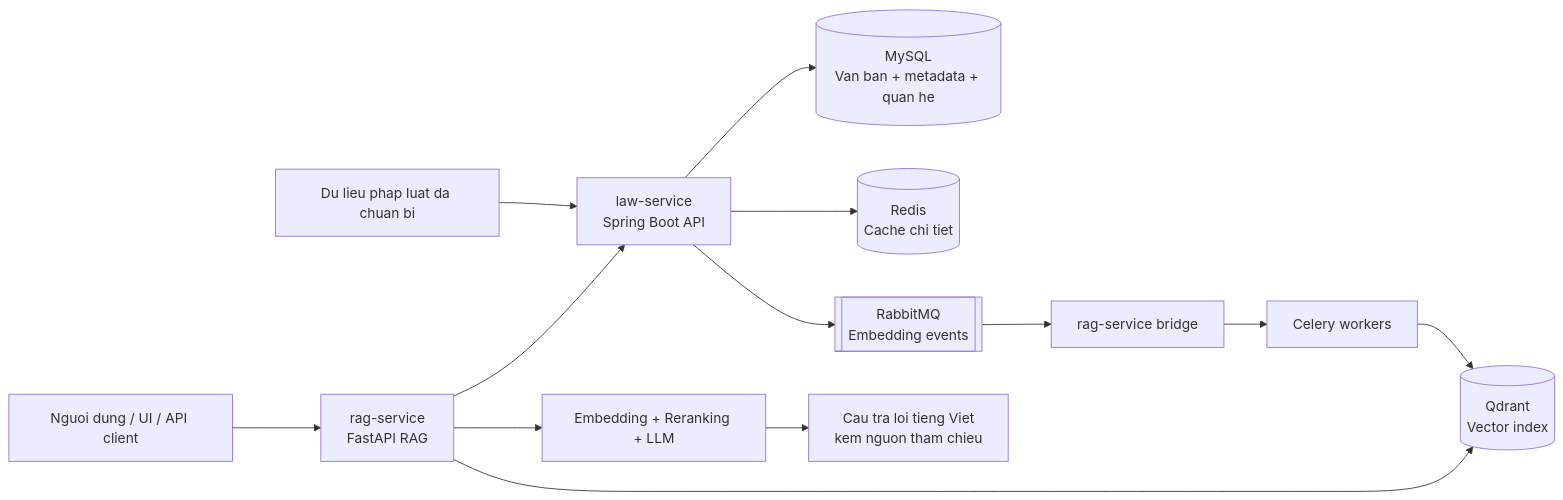
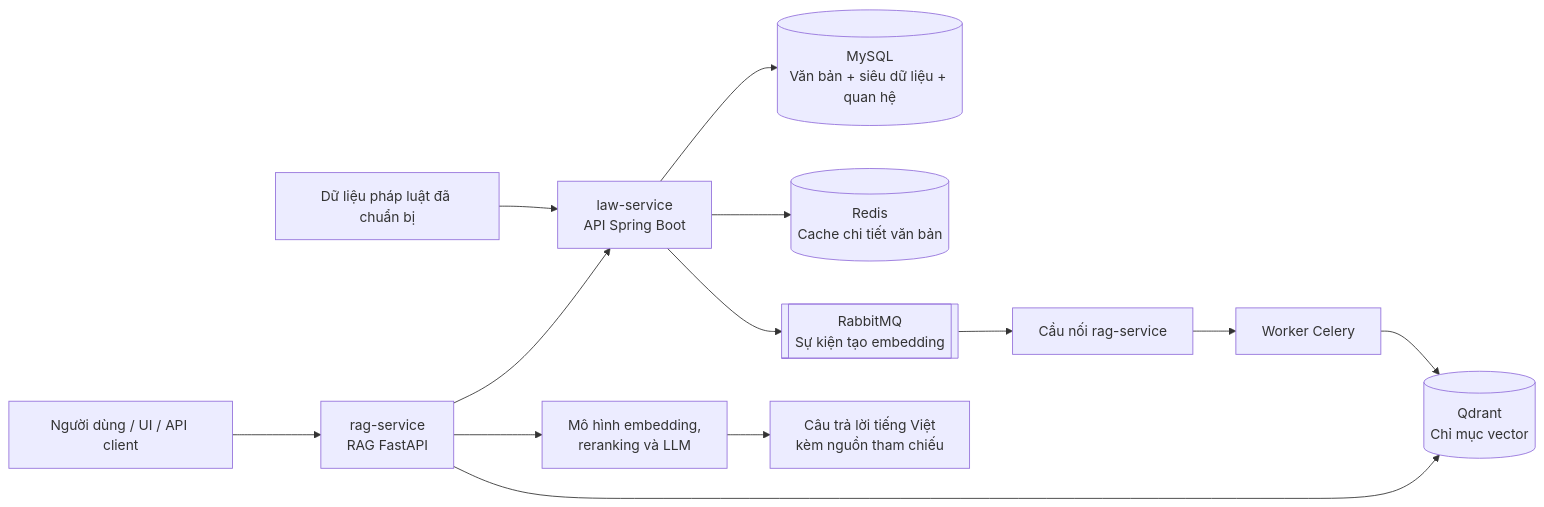
The first of 3 diagrams in README.md (LeHoangAnh-self/Law-Assistant), drawn with Mermaid before and after one commit. The commit also changed other lines of this file and 33 other files, not shown here.

````diff
--- a/README.md
+++ b/README.md
@@ -11,15 +11,15 @@
 ```mermaid
 flowchart LR
-    A[Du lieu phap luat da chuan bi] --> B[law-service<br/>Spring Boot API]
-    B --> C[(MySQL<br/>Van ban + metadata + quan he)]
-    B --> D[(Redis<br/>Cache chi tiet)]
-    B --> E[[RabbitMQ<br/>Embedding events]]
-    E --> F[rag-service bridge]
-    F --> G[Celery workers]
-    G --> H[(Qdrant<br/>Vector index)]
-    I[Nguoi dung / UI / API client] --> J[rag-service<br/>FastAPI RAG]
+    A["Dữ liệu pháp luật đã chuẩn bị"] --> B["law-service<br/>API Spring Boot"]
+    B --> C[("MySQL<br/>Văn bản + siêu dữ liệu + quan hệ")]
+    B --> D[("Redis<br/>Cache chi tiết văn bản")]
+    B --> E[["RabbitMQ<br/>Sự kiện tạo embedding"]]
+    E --> F["Cầu nối rag-service"]
+    F --> G["Worker Celery"]
+    G --> H[("Qdrant<br/>Chỉ mục vector")]
+    I["Người dùng / UI / API client"] --> J["rag-service<br/>RAG FastAPI"]
     J --> B
     J --> H
-    J --> K[Embedding + Reranking + LLM]
-    K --> L[Cau tra loi tieng Viet<br/>kem nguon tham chieu]
+    J --> K["Mô hình embedding,<br/>reranking và LLM"]
+    K --> L["Câu trả lời tiếng Việt<br/>kèm nguồn tham chiếu"]
 ```
````
